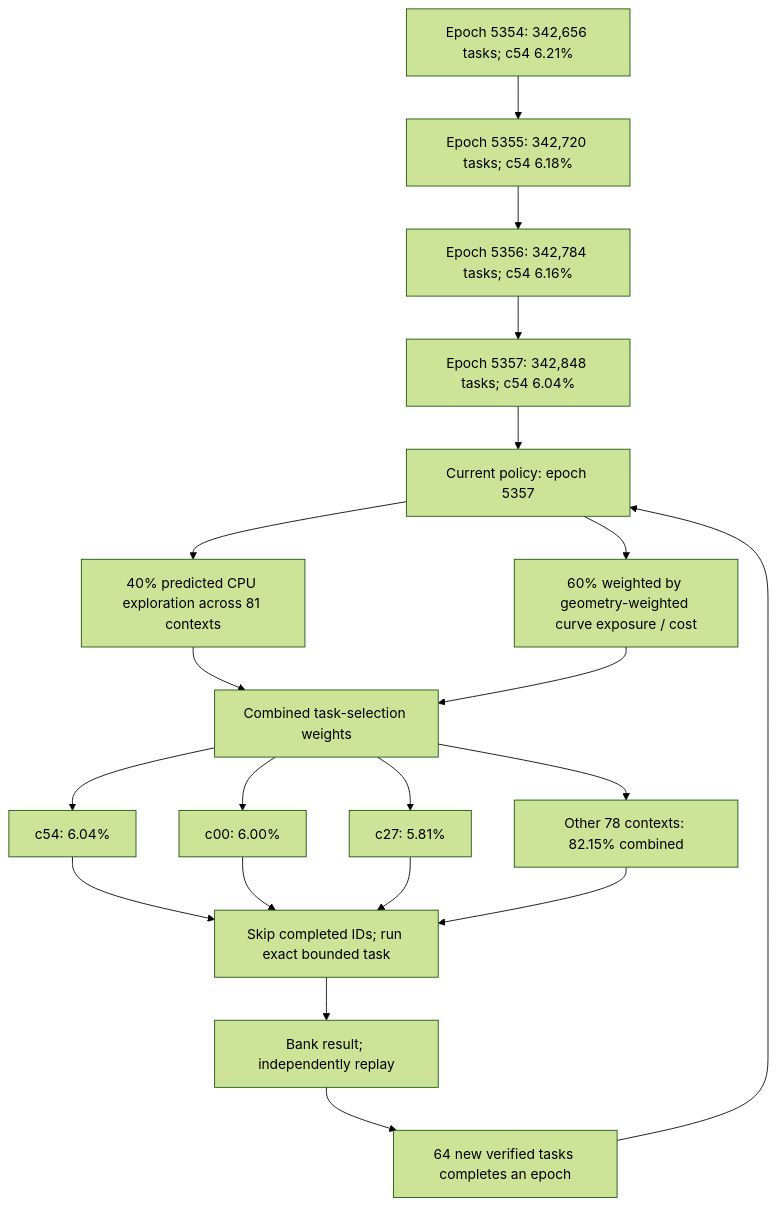
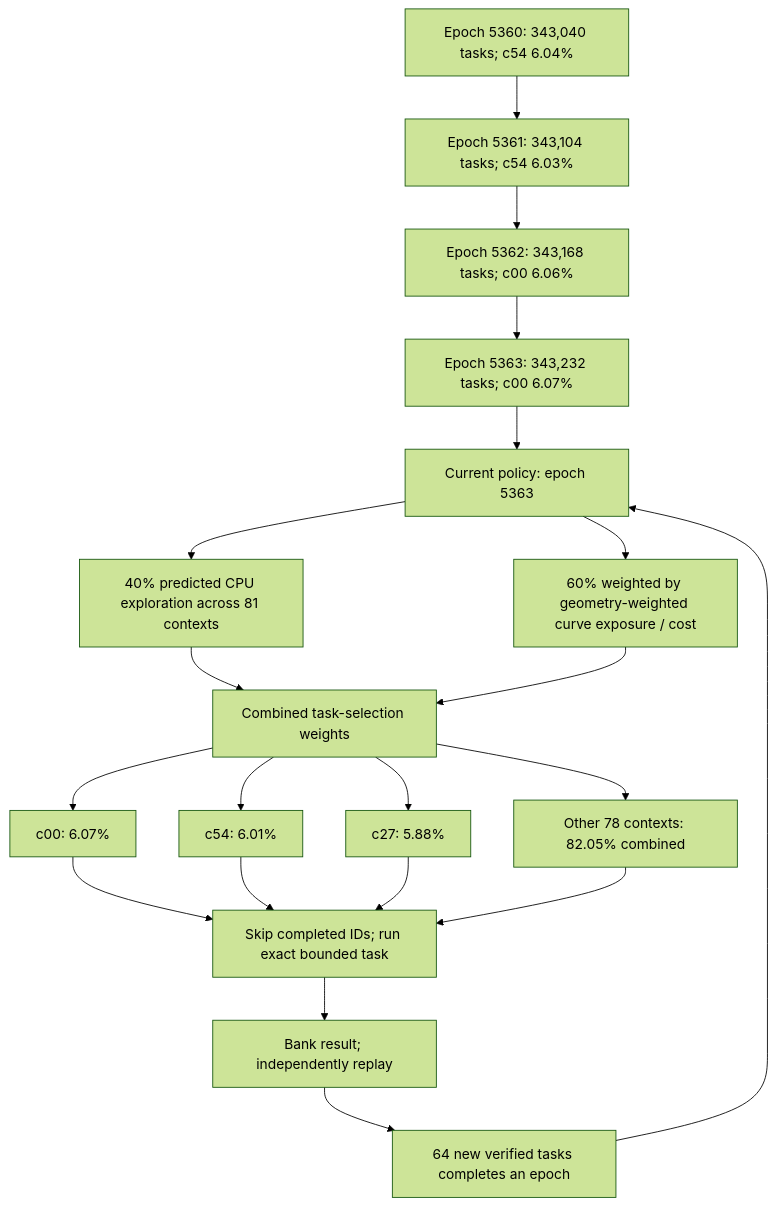
The first of 3 diagrams in README.md (Kuberwastaken/math-gambling), drawn with Mermaid (forest theme) before and after one commit. The commit also changed other lines of this file and 1321 other files, not shown here.

````diff
--- a/README.md
+++ b/README.md
@@ -60,27 +60,27 @@
 ```mermaid
 flowchart TD
-    H0["Epoch 5354: 342,656 tasks; c54 6.21%"]
-    H1["Epoch 5355: 342,720 tasks; c54 6.18%"]
+    H0["Epoch 5360: 343,040 tasks; c54 6.04%"]
+    H1["Epoch 5361: 343,104 tasks; c54 6.03%"]
     H0 --> H1
-    H2["Epoch 5356: 342,784 tasks; c54 6.16%"]
+    H2["Epoch 5362: 343,168 tasks; c00 6.06%"]
     H1 --> H2
-    H3["Epoch 5357: 342,848 tasks; c54 6.04%"]
+    H3["Epoch 5363: 343,232 tasks; c00 6.07%"]
     H2 --> H3
-    Policy["Current policy: epoch 5357"]
+    Policy["Current policy: epoch 5363"]
     H3 --> Policy
     Policy --> Explore["40% predicted CPU exploration across 81 contexts"]
     Policy --> Cost["60% weighted by geometry-weighted curve exposure / cost"]
     Explore --> Mix["Combined task-selection weights"]
     Cost --> Mix
-    Mix --> C0["c54: 6.04%"]
-    Mix --> C1["c00: 6.00%"]
-    Mix --> C2["c27: 5.81%"]
-    Mix --> Rest["Other 78 contexts: 82.15% combined"]
+    Mix --> C0["c00: 6.07%"]
+    Mix --> C1["c54: 6.01%"]
+    Mix --> C2["c27: 5.88%"]
+    Mix --> Rest["Other 78 contexts: 82.05% combined"]
     C0 --> Check["Skip completed IDs; run exact bounded task"]
     C1 --> Check
     C2 --> Check
     Rest --> Check
     Check --> Replay["Bank result; independently replay"]
     Replay --> Gate["64 new verified tasks completes an epoch"]
     Gate --> Policy
 ```
````
